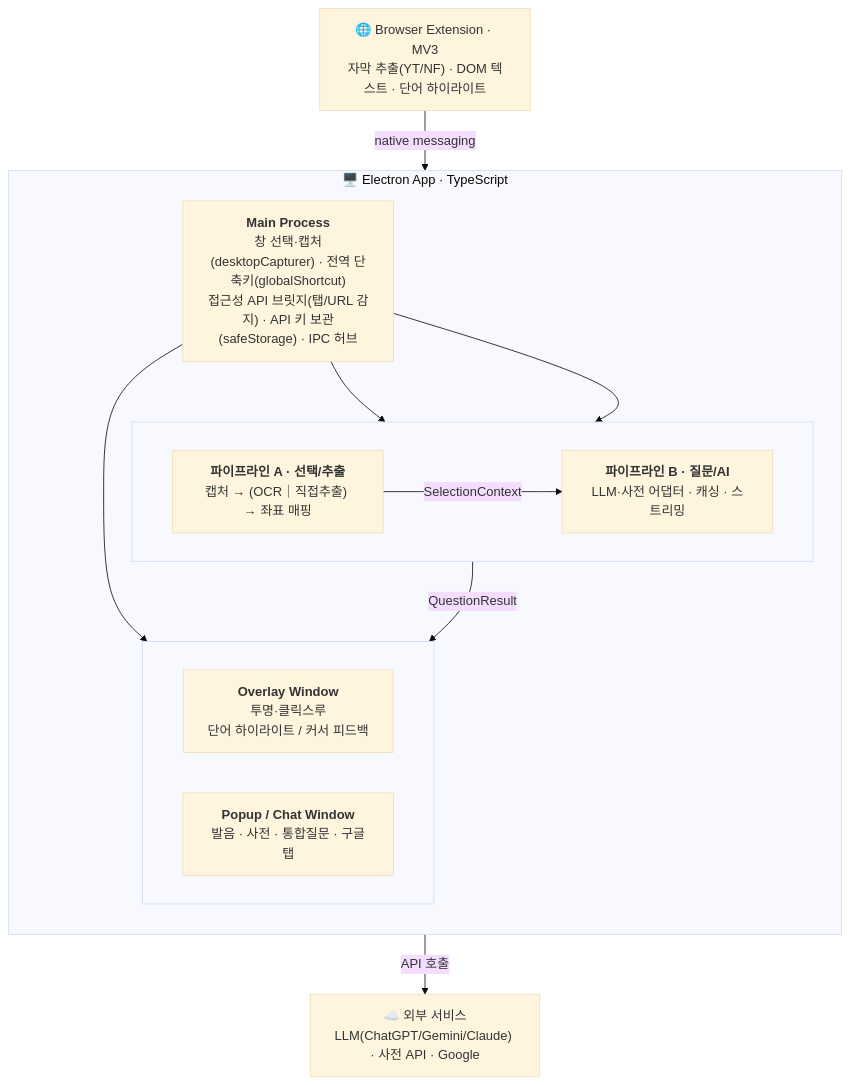
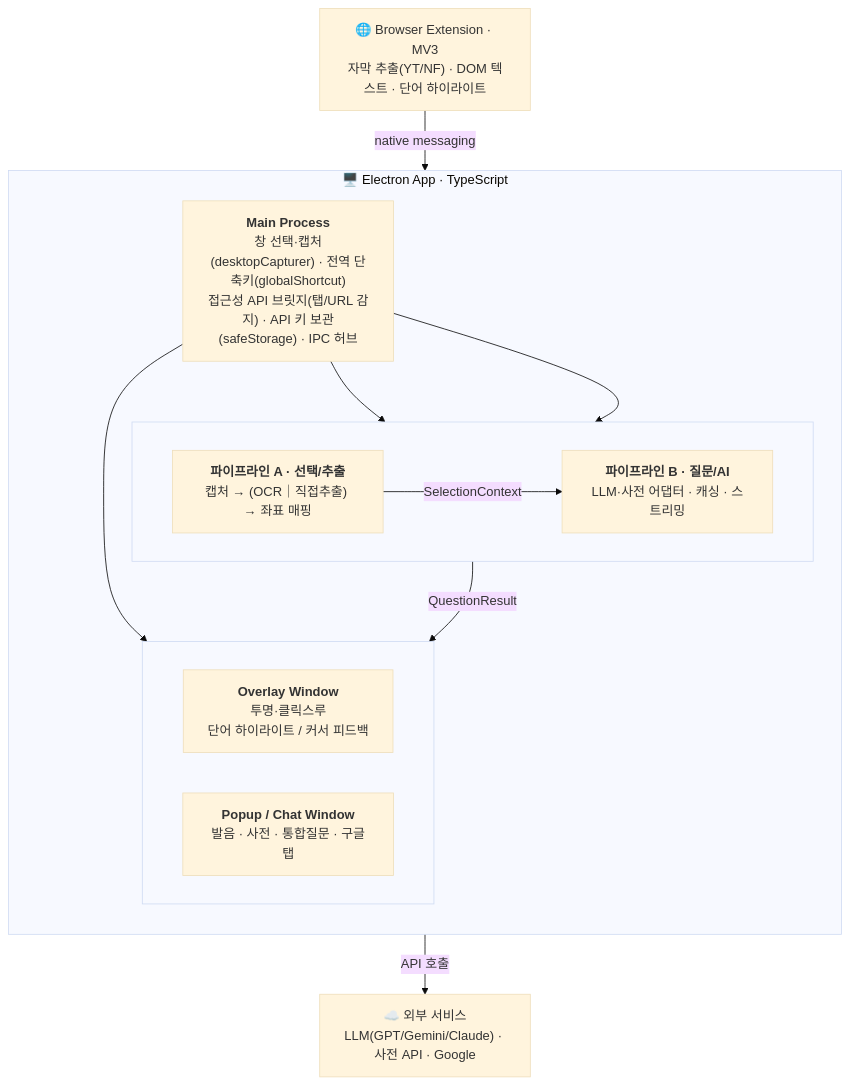
The diagram in PLAN.md (madcamp-official/JoJo), drawn with Mermaid (base theme) before and after one commit. The commit also changed other lines of this file and 6 other files, not shown here.

First line of the commit message:
refactor: LLM provider 브랜딩을 'ChatGPT/openai'에서 'GPT/gpt'로 변경

````diff
--- a/PLAN.md
+++ b/PLAN.md
@@ -129,31 +129,31 @@
 ```mermaid
 flowchart TB
     EXT["🌐 Browser Extension · MV3<br/>자막 추출(YT/NF) · DOM 텍스트 · 단어 하이라이트"]
 
     subgraph APP["🖥️ Electron App · TypeScript"]
         direction TB
         MAIN["<b>Main Process</b><br/>창 선택·캡처(desktopCapturer) · 전역 단축키(globalShortcut)<br/>접근성 API 브릿지(탭/URL 감지) · API 키 보관(safeStorage) · IPC 허브"]
 
         subgraph PIPE[" "]
             direction LR
             PA["<b>파이프라인 A · 선택/추출</b><br/>캡처 → (OCR｜직접추출) → 좌표 매핑"]
             PB["<b>파이프라인 B · 질문/AI</b><br/>LLM·사전 어댑터 · 캐싱 · 스트리밍"]
         end
 
         subgraph WINS[" "]
             direction LR
             OVL["<b>Overlay Window</b><br/>투명·클릭스루<br/>단어 하이라이트 / 커서 피드백"]
             POP["<b>Popup / Chat Window</b><br/>발음 · 사전 · 통합질문 · 구글탭"]
         end
     end
 
-    SVC["☁️ 외부 서비스<br/>LLM(ChatGPT/Gemini/Claude) · 사전 API · Google"]
+    SVC["☁️ 외부 서비스<br/>LLM(GPT/Gemini/Claude) · 사전 API · Google"]
 
     EXT -- "native messaging" --> MAIN
     MAIN --> PA
     MAIN --> PB
     MAIN --> OVL
     PA -- "SelectionContext" --> PB
     PB -- "QuestionResult" --> POP
     PB -- "API 호출" --> SVC
 ```
````
